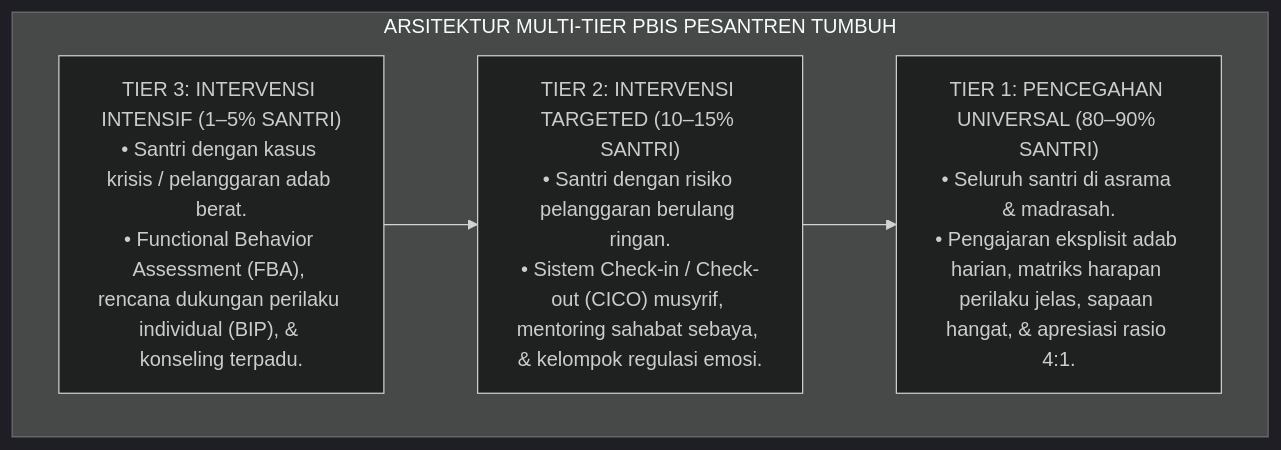
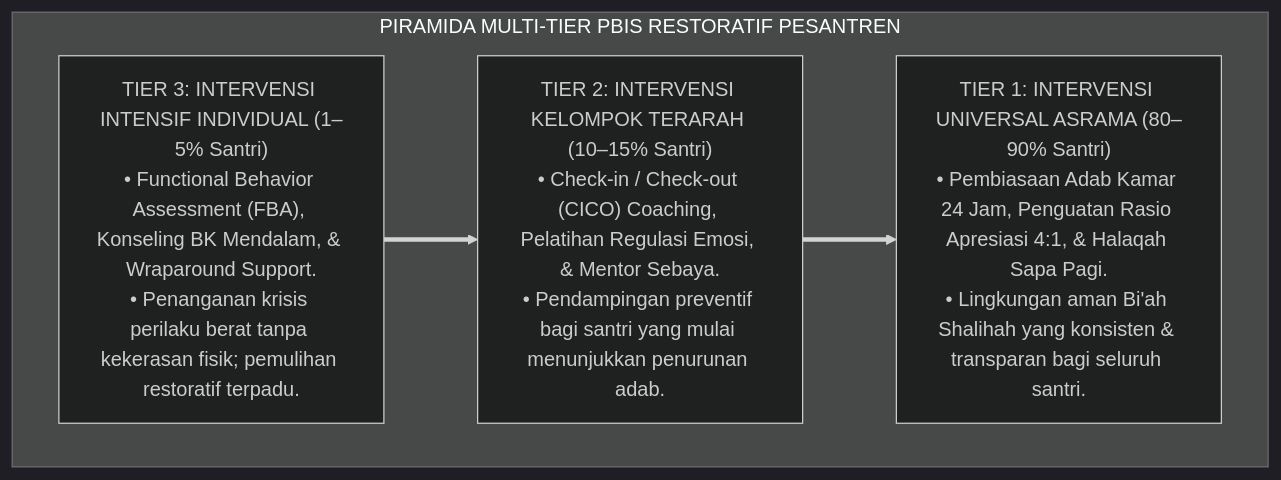
Before and after one commit to wandiapriliyandi/tumbuh: the second of 3 diagrams in 01 Philosophy/04 Education/P1-04-03-Paradigma-Disiplin-Restoratif-dan-PBIS.md, drawn with Mermaid (dark theme). The commit also changed other lines of this file and 7 other files, not shown here.

````diff
--- a/01 Philosophy/04 Education/P1-04-03-Paradigma-Disiplin-Restoratif-dan-PBIS.md
+++ b/01 Philosophy/04 Education/P1-04-03-Paradigma-Disiplin-Restoratif-dan-PBIS.md
@@ -144,12 +118,13 @@
 ```mermaid
-graph TD
-    subgraph PiramidaPBISTUMBUH["ARSITEKTUR MULTI-TIER PBIS PESANTREN TUMBUH"]
-        Tier1["TIER 1: PENCEGAHAN UNIVERSAL (80–90% SANTRI)<br/>• Seluruh santri di asrama & madrasah.<br/>• Pengajaran eksplisit adab harian, matriks harapan perilaku jelas, sapaan hangat, & apresiasi rasio 4:1."]
+flowchart TD
+    subgraph PiramidaPBISTUMBUH["PIRAMIDA MULTI-TIER PBIS RESTORATIF PESANTREN"]
         
-        Tier2["TIER 2: INTERVENSI TARGETED (10–15% SANTRI)<br/>• Santri dengan risiko pelanggaran berulang ringan.<br/>• Sistem Check-in / Check-out (CICO) musyrif, mentoring sahabat sebaya, & kelompok regulasi emosi."]
+        Tier3["TIER 3: INTERVENSI INTENSIF INDIVIDUAL (1–5% Santri)<br/>• Functional Behavior Assessment (FBA), Konseling BK Mendalam, & Wraparound Support.<br/>• Penanganan krisis perilaku berat tanpa kekerasan fisik; pemulihan restoratif terpadu."]
         
-        Tier3["TIER 3: INTERVENSI INTENSIF (1–5% SANTRI)<br/>• Santri dengan kasus krisis / pelanggaran adab berat.<br/>• Functional Behavior Assessment (FBA), rencana dukungan perilaku individual (BIP), & konseling terpadu."]
+        Tier2["TIER 2: INTERVENSI KELOMPOK TERARAH (10–15% Santri)<br/>• Check-in / Check-out (CICO) Coaching, Pelatihan Regulasi Emosi, & Mentor Sebaya.<br/>• Pendampingan preventif bagi santri yang mulai menunjukkan penurunan adab."]
         
-        Tier3 --> Tier2 --> Tier1
+        Tier1["TIER 1: INTERVENSI UNIVERSAL ASRAMA (80–90% Santri)<br/>• Pembiasaan Adab Kamar 24 Jam, Penguatan Rasio Apresiasi 4:1, & Halaqah Sapa Pagi.<br/>• Lingkungan aman Bi'ah Shalihah yang konsisten & transparan bagi seluruh santri."]
+        
+        Tier3 ==> Tier2 ==> Tier1
     end
 ```
````
